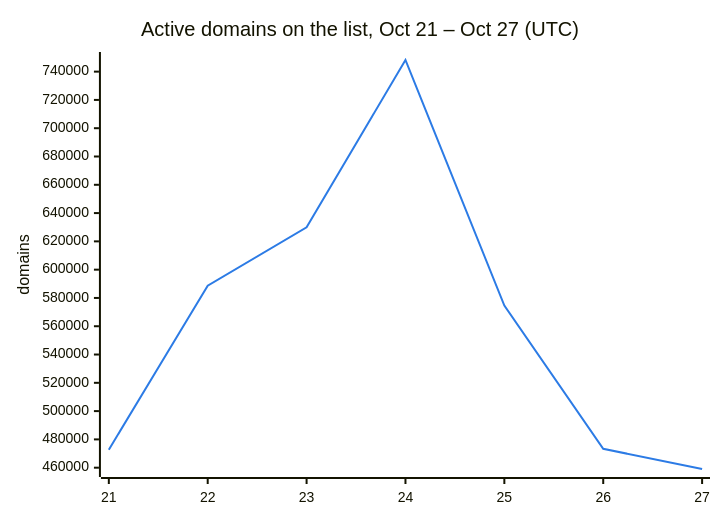
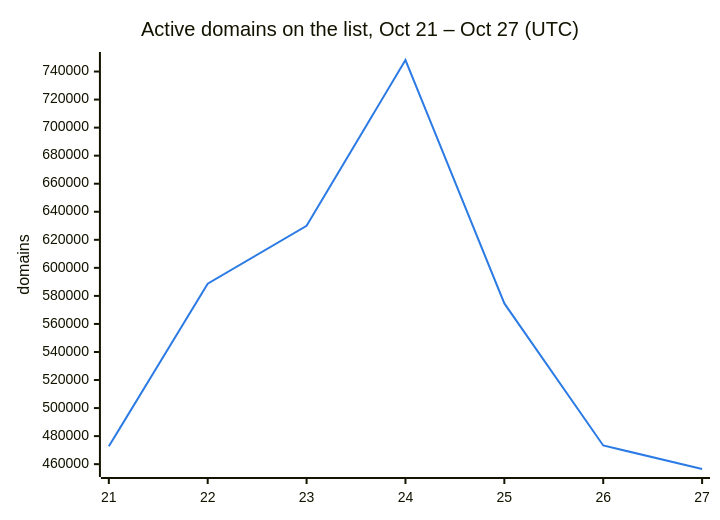
One commit to DNSBunker/CTI changed the second of 3 diagrams in README.md. Above: the diagram before and after it, drawn with Mermaid. The commit also changed other lines of this file and 3 other files, not shown here.

````diff
--- a/README.md
+++ b/README.md
@@ -38,8 +38,8 @@
 ```mermaid
 %%{init: {"themeVariables": {"xyChart": {"plotColorPalette": "#2c7be5"}}}}%%
 xychart-beta
     title "Active domains on the list, Oct 21 – Oct 27 (UTC)"
     x-axis ["21", "22", "23", "24", "25", "26", "27"]
     y-axis "domains"
-    line [472713, 588659, 629951, 748222, 574614, 473331, 459073]
+    line [472713, 588659, 629951, 748222, 574614, 473331, 456551]
 ```
````
